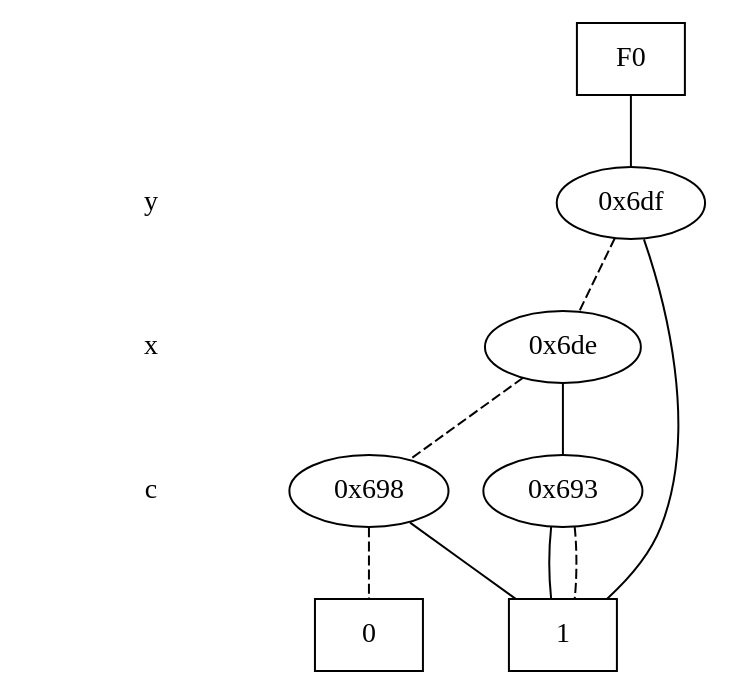
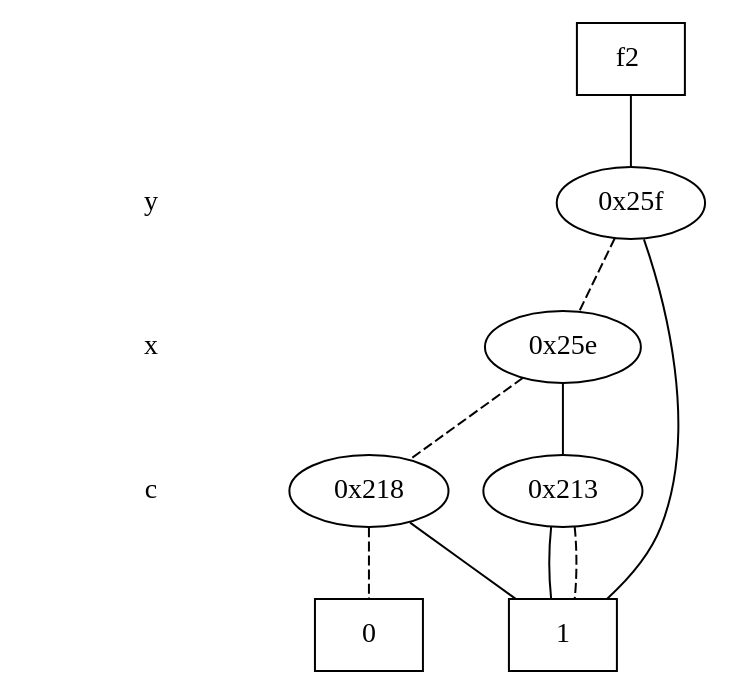
Before and after one commit to NathanNator/ECE6745_Final_Project: the diagram in zdd_plots/f2_zdd.dot, drawn with Graphviz. The commit also changed 7 other files, not shown here.

```diff
--- a/zdd_plots/f2_zdd.dot
+++ b/zdd_plots/f2_zdd.dot
@@ -1,38 +1,38 @@
 digraph "ZDD" {
 size = "7.5,10"
 center = true;
 edge [dir = none];
 { node [shape = plaintext];
   edge [style = invis];
   "CONST NODES" [style = invis];
 " y " -> " x " -> " c " -> "CONST NODES"; 
 }
 { rank = same; node [shape = box]; edge [style = invis];
-"F0"; }
+"  f2  "; }
 { rank = same; " y ";
-"0x6df";
+"0x25f";
 }
 { rank = same; " x ";
-"0x6de";
+"0x25e";
 }
 { rank = same; " c ";
-"0x693";
-"0x698";
+"0x213";
+"0x218";
 }
 { rank = same; "CONST NODES";
-{ node [shape = box]; "0x626";
-"0x625";
+{ node [shape = box]; "0x1a6";
+"0x1a5";
 }
 }
-"F0" -> "0x6df" [style = solid];
-"0x6df" -> "0x625";
-"0x6df" -> "0x6de" [style = dashed];
-"0x6de" -> "0x693";
-"0x6de" -> "0x698" [style = dashed];
-"0x693" -> "0x625";
-"0x693" -> "0x625" [style = dashed];
-"0x698" -> "0x625";
-"0x698" -> "0x626" [style = dashed];
-"0x626" [label = "0"];
-"0x625" [label = "1"];
+"  f2  " -> "0x25f" [style = solid];
+"0x25f" -> "0x1a5";
+"0x25f" -> "0x25e" [style = dashed];
+"0x25e" -> "0x213";
+"0x25e" -> "0x218" [style = dashed];
+"0x213" -> "0x1a5";
+"0x213" -> "0x1a5" [style = dashed];
+"0x218" -> "0x1a5";
+"0x218" -> "0x1a6" [style = dashed];
+"0x1a6" [label = "0"];
+"0x1a5" [label = "1"];
 }
```
